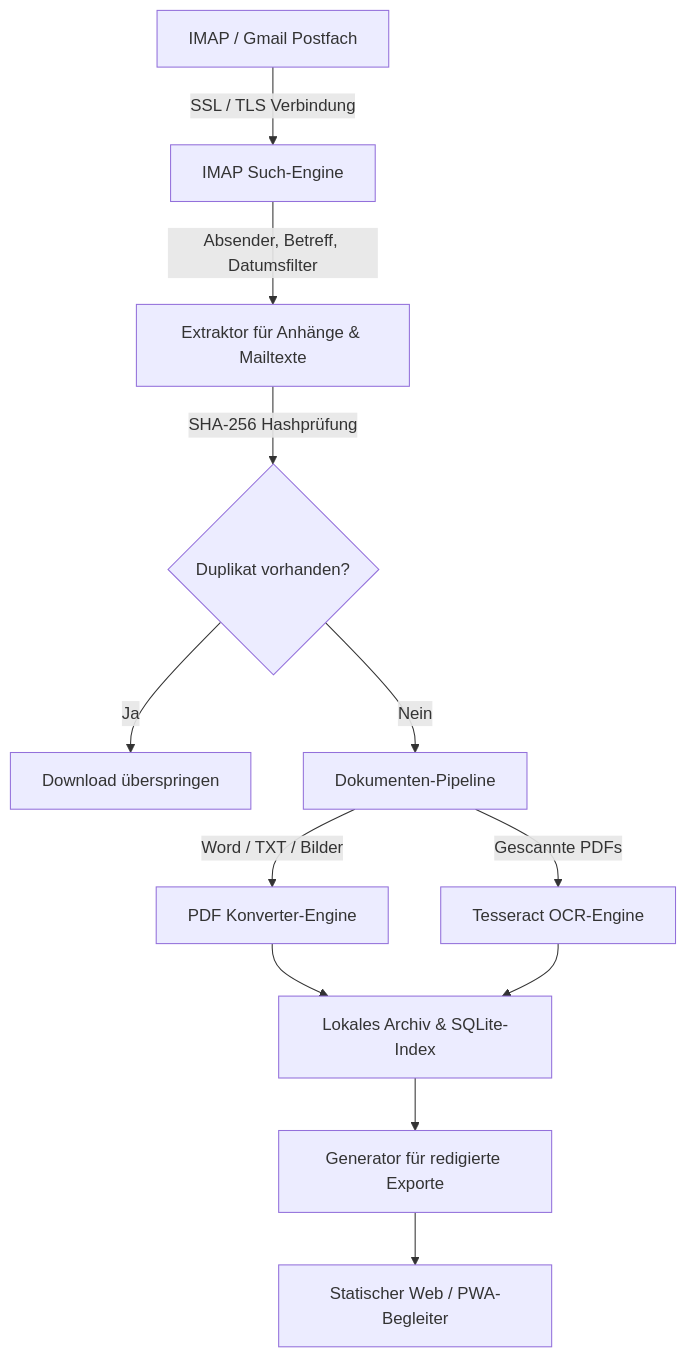
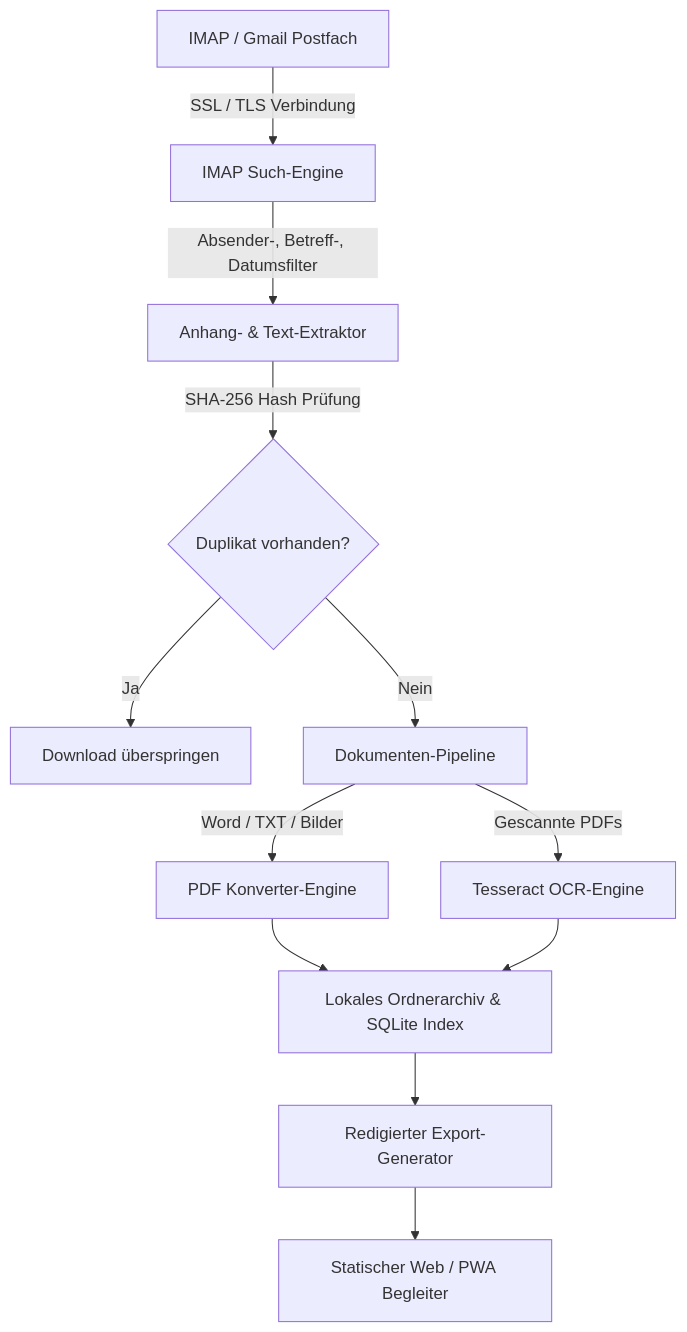
Before and after one commit to doc-bricks/UniversalDocsGrabber: the first of 2 diagrams in README-DE.md, drawn with Mermaid. The commit also changed other lines of this file and 7 other files, not shown here.

````diff
--- a/README-DE.md
+++ b/README-DE.md
@@ -101,14 +194,14 @@
 ```mermaid
 graph TD
     A["IMAP / Gmail Postfach"] -->|SSL / TLS Verbindung| B["IMAP Such-Engine"]
-    B -->|Absender, Betreff, Datumsfilter| C["Extraktor für Anhänge & Mailtexte"]
-    C -->|SHA-256 Hashprüfung| D{"Duplikat vorhanden?"}
+    B -->|Absender-, Betreff-, Datumsfilter| C["Anhang- & Text-Extraktor"]
+    C -->|SHA-256 Hash Prüfung| D{"Duplikat vorhanden?"}
     D -->|Ja| E["Download überspringen"]
     D -->|Nein| F["Dokumenten-Pipeline"]
     F -->|Word / TXT / Bilder| G["PDF Konverter-Engine"]
     F -->|Gescannte PDFs| H["Tesseract OCR-Engine"]
-    G --> I["Lokales Archiv & SQLite-Index"]
+    G --> I["Lokales Ordnerarchiv & SQLite Index"]
     H --> I
-    I --> J["Generator für redigierte Exporte"]
-    J --> K["Statischer Web / PWA-Begleiter"]
+    I --> J["Redigierter Export-Generator"]
+    J --> K["Statischer Web / PWA Begleiter"]
 ```
````
